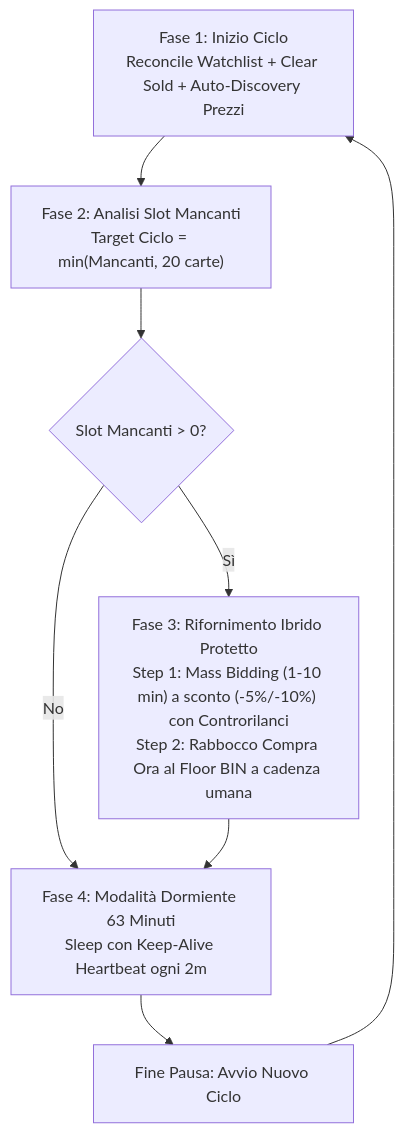
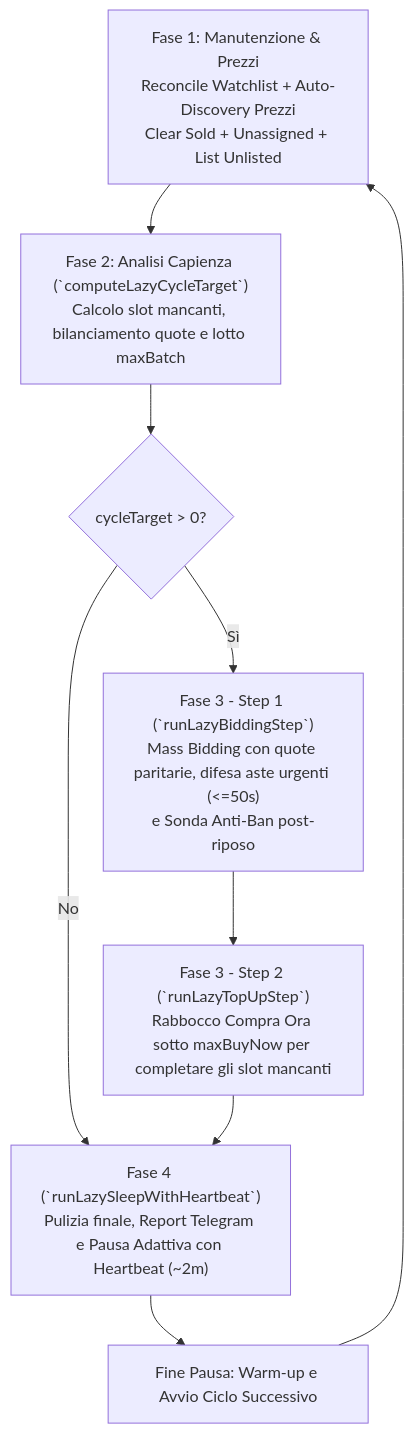
The second of 2 diagrams in README.md (Muelsa/FC26Sniper), drawn with Mermaid before and after one commit. The commit also changed other lines of this file and 32 other files, not shown here.

````diff
--- a/README.md
+++ b/README.md
@@ -88,10 +333,11 @@
 ```mermaid
 flowchart TD
-    A["Fase 1: Inizio Ciclo<br/>Reconcile Watchlist + Clear Sold + Auto-Discovery Prezzi"] --> B["Fase 2: Analisi Slot Mancanti<br/>Target Ciclo = min(Mancanti, 20 carte)"]
-    B --> C{"Slot Mancanti > 0?"}
-    C -- "Sì" --> D["Fase 3: Rifornimento Ibrido Protetto<br/>Step 1: Mass Bidding (1-10 min) a sconto (-5%/-10%) con Controrilanci<br/>Step 2: Rabbocco Compra Ora al Floor BIN a cadenza umana"]
-    C -- "No" --> F["Fase 4: Modalità Dormiente 63 Minuti<br/>Sleep con Keep-Alive Heartbeat ogni 2m"]
-    D --> F
-    F --> G["Fine Pausa: Avvio Nuovo Ciclo"]
+    A["Fase 1: Manutenzione & Prezzi<br/>Reconcile Watchlist + Auto-Discovery Prezzi<br/>Clear Sold + Unassigned + List Unlisted"] --> B["Fase 2: Analisi Capienza (`computeLazyCycleTarget`)<br/>Calcolo slot mancanti, bilanciamento quote e lotto maxBatch"]
+    B --> C{"cycleTarget > 0?"}
+    C -- "Sì" --> D["Fase 3 - Step 1 (`runLazyBiddingStep`)<br/>Mass Bidding con quote paritarie, difesa aste urgenti (<=50s)<br/>e Sonda Anti-Ban post-riposo"]
+    D --> E["Fase 3 - Step 2 (`runLazyTopUpStep`)<br/>Rabbocco Compra Ora sotto maxBuyNow per completare gli slot mancanti"]
+    C -- "No" --> F["Fase 4 (`runLazySleepWithHeartbeat`)<br/>Pulizia finale, Report Telegram e Pausa Adattiva con Heartbeat (~2m)"]
+    E --> F
+    F --> G["Fine Pausa: Warm-up e Avvio Ciclo Successivo"]
     G --> A
 ```
````
